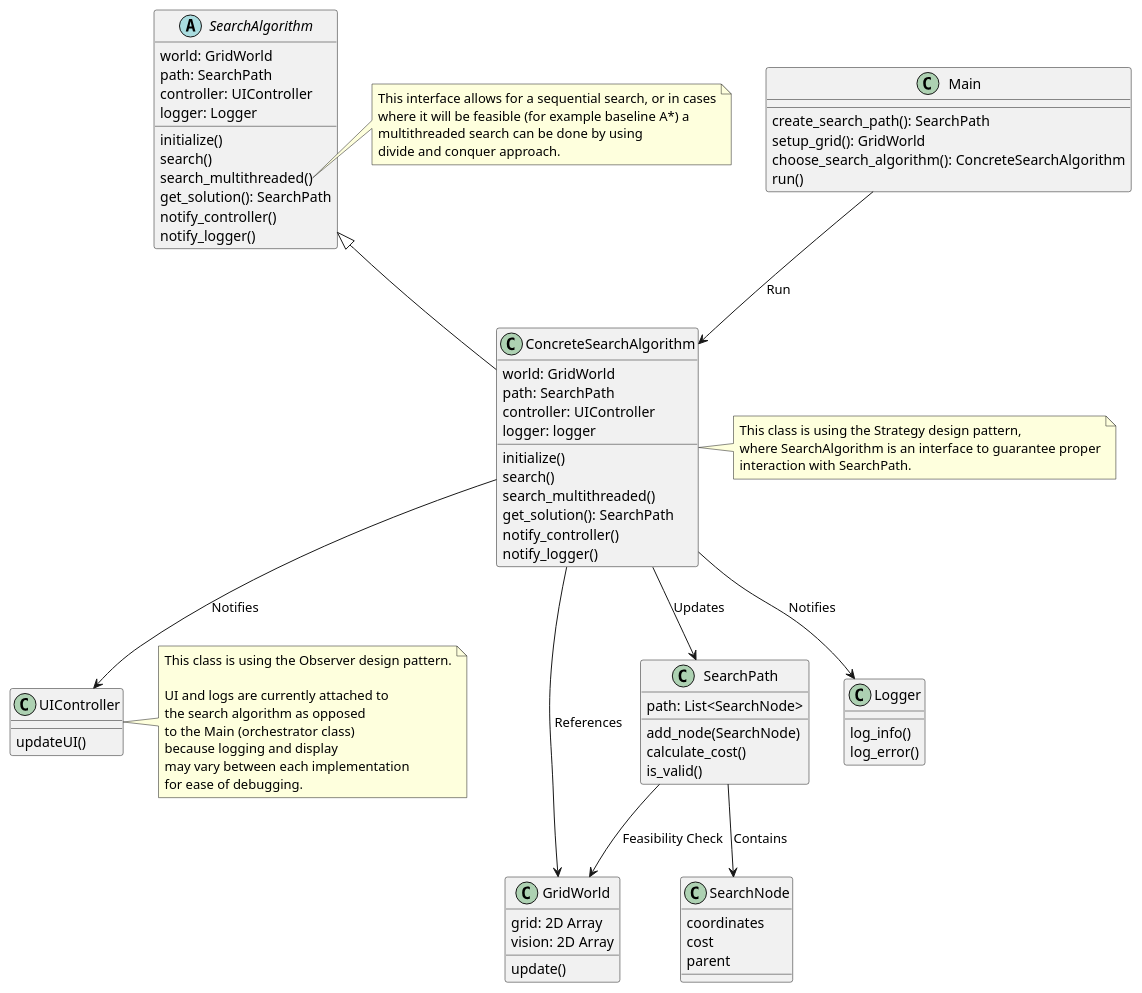
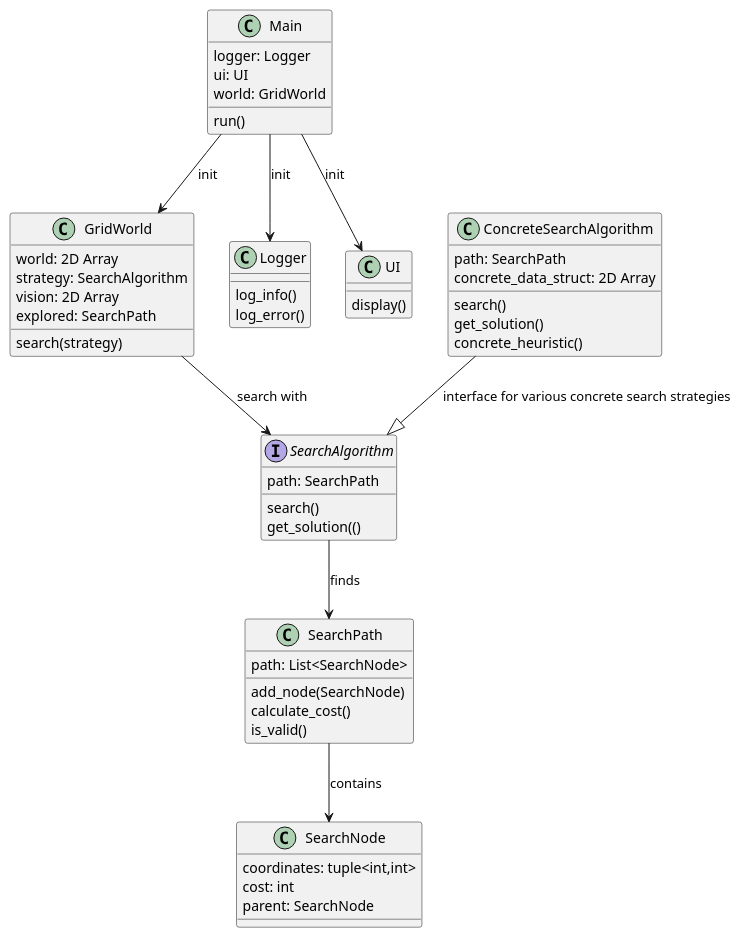
The diagram in docs/class_diagram.puml (gramos93/aco-boosted-variants), drawn with PlantUML before and after one commit.

```diff
--- a/docs/class_diagram.puml
+++ b/docs/class_diagram.puml
@@ -1,97 +1,62 @@
 @startuml
 
 class Main {
-  create_search_path(): SearchPath
-  setup_grid(): GridWorld
-  choose_search_algorithm(): ConcreteSearchAlgorithm
+  logger: Logger
+  ui: UI
+  world: GridWorld
   run()
 }
 
 class GridWorld {
-  grid: 2D Array
+  world: 2D Array
+  strategy: SearchAlgorithm
   vision: 2D Array
-  update()
+  explored: SearchPath
+  search(strategy)
 }
 
 class SearchPath {
   path: List<SearchNode>
   add_node(SearchNode)
   calculate_cost()
   is_valid()
 }
 
 class SearchNode {
-  coordinates
-  cost
-  parent
+  coordinates: tuple<int,int>
+  cost: int
+  parent: SearchNode
 }
 
 class Logger {
   log_info()
   log_error()
 }
 
-class UIController {
-  updateUI()
+class UI {
+  display()
 }
 
-abstract class SearchAlgorithm {
-  world: GridWorld
+interface SearchAlgorithm {
   path: SearchPath
-  controller: UIController
-  logger: Logger
-  initialize()
   search()
-  search_multithreaded()
-  get_solution(): SearchPath
-  notify_controller()
-  notify_logger()
+  get_solution(()
 }
 
 class ConcreteSearchAlgorithm {
-  world: GridWorld
   path: SearchPath
-  controller: UIController
-  logger: logger
-  initialize()
+  concrete_data_struct: 2D Array
   search()
-  search_multithreaded()
-  get_solution(): SearchPath
-  notify_controller()
-  notify_logger()
+  get_solution()
+  concrete_heuristic()
 }
 
-Main --> ConcreteSearchAlgorithm : Run
-SearchAlgorithm <|-- ConcreteSearchAlgorithm
-ConcreteSearchAlgorithm --> GridWorld : References
-ConcreteSearchAlgorithm --> SearchPath : Updates
-ConcreteSearchAlgorithm --> UIController : Notifies
-ConcreteSearchAlgorithm --> Logger : Notifies
-SearchPath --> SearchNode : Contains
-SearchPath --> GridWorld : Feasibility Check
-
-note right of ConcreteSearchAlgorithm
-  This class is using the Strategy design pattern, 
-  where SearchAlgorithm is an interface to guarantee proper
-  interaction with SearchPath.
-end note
-
-note right of UIController
-  This class is using the Observer design pattern.
-  
-  UI and logs are currently attached to 
-  the search algorithm as opposed
-  to the Main (orchestrator class) 
-  because logging and display
-  may vary between each implementation 
-  for ease of debugging.
-end note
-
-note right of SearchAlgorithm::search_multithreaded
-  This interface allows for a sequential search, or in cases
-  where it will be feasible (for example baseline A*) a
-  multithreaded search can be done by using
-  divide and conquer approach.
-end note
+Main --> GridWorld : init
+Main --> UI : init
+Main --> Logger : init
+GridWorld --> SearchAlgorithm : search with
+SearchAlgorithm --> SearchPath : finds
+SearchPath --> SearchNode : contains
+ConcreteSearchAlgorithm --|> SearchAlgorithm : interface for various concrete search strategies
 
 @enduml
```
